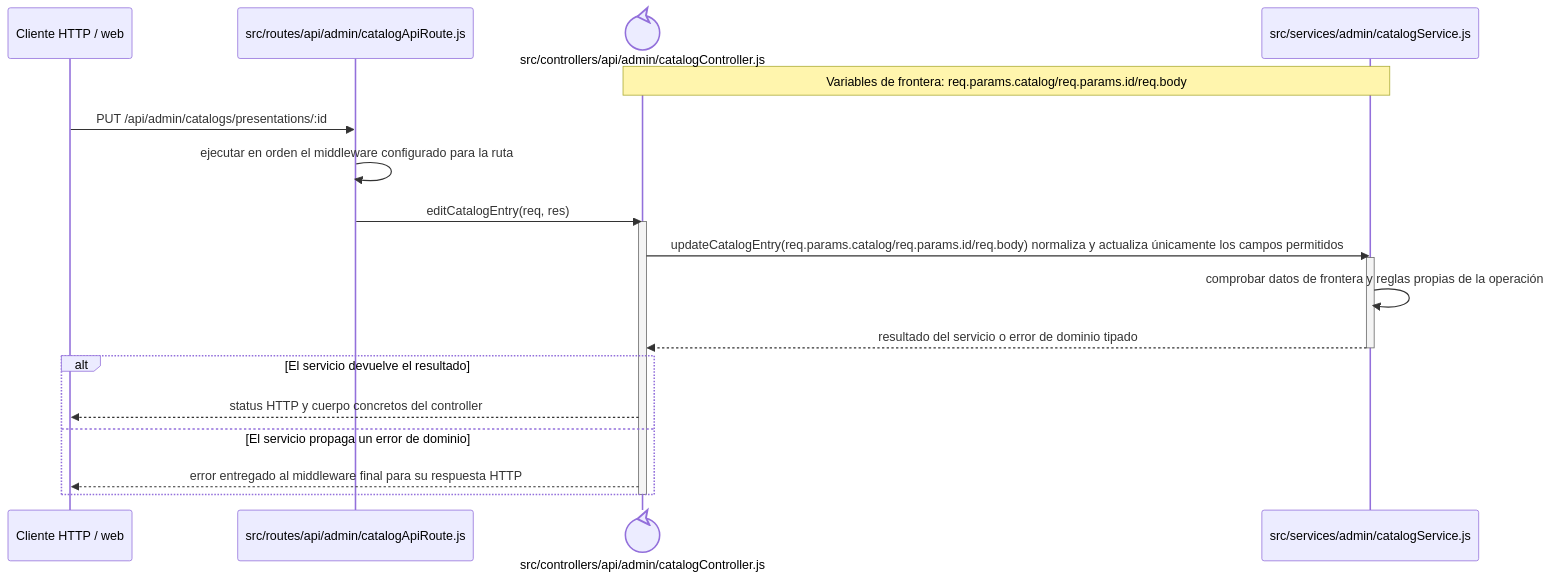
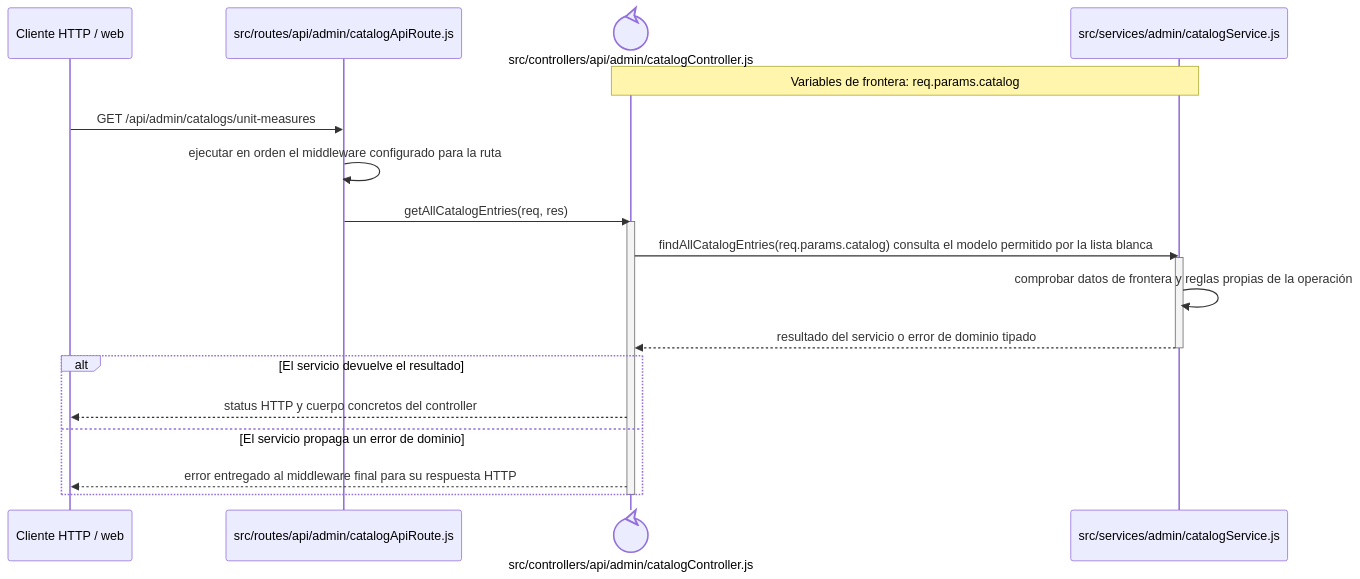
The diagram in docs/architecture/backend-code-sequences/catalogs/cu-cat-18.md (gpgsistemas01/nexus), drawn with Mermaid before and after one commit. The commit also changed other lines of this file and 167 other files, not shown here.

````diff
--- a/docs/architecture/backend-code-sequences/catalogs/cu-cat-18.md
+++ b/docs/architecture/backend-code-sequences/catalogs/cu-cat-18.md
@@ -6,24 +6,24 @@
 ```mermaid
 sequenceDiagram
     participant Client as Cliente HTTP / web
     participant Route as src/routes/api/admin/catalogApiRoute.js
     participant Controller@{ "type": "control" } as src/controllers/api/admin/catalogController.js
     participant Domain as src/services/admin/catalogService.js
-    Note over Controller,Domain: Variables de frontera: req.params.catalog/req.params.id/req.body
+    Note over Controller,Domain: Variables de frontera: req.params.catalog
 
-    Client->>Route: PUT /api/admin/catalogs/presentations/:id
+    Client->>Route: GET /api/admin/catalogs/unit-measures
     Route->>Route: ejecutar en orden el middleware configurado para la ruta
-    Route->>Controller: editCatalogEntry(req, res)
+    Route->>Controller: getAllCatalogEntries(req, res)
     activate Controller
-    Controller->>Domain: updateCatalogEntry(req.params.catalog/req.params.id/req.body) normaliza y actualiza únicamente los campos permitidos
+    Controller->>Domain: findAllCatalogEntries(req.params.catalog) consulta el modelo permitido por la lista blanca
     activate Domain
     Domain->>Domain: comprobar datos de frontera y reglas propias de la operación
     Domain-->>Controller: resultado del servicio o error de dominio tipado
     deactivate Domain
     alt El servicio devuelve el resultado
         Controller-->>Client: status HTTP y cuerpo concretos del controller
     else El servicio propaga un error de dominio
         Controller-->>Client: error entregado al middleware final para su respuesta HTTP
     end
     deactivate Controller
 ```
````
